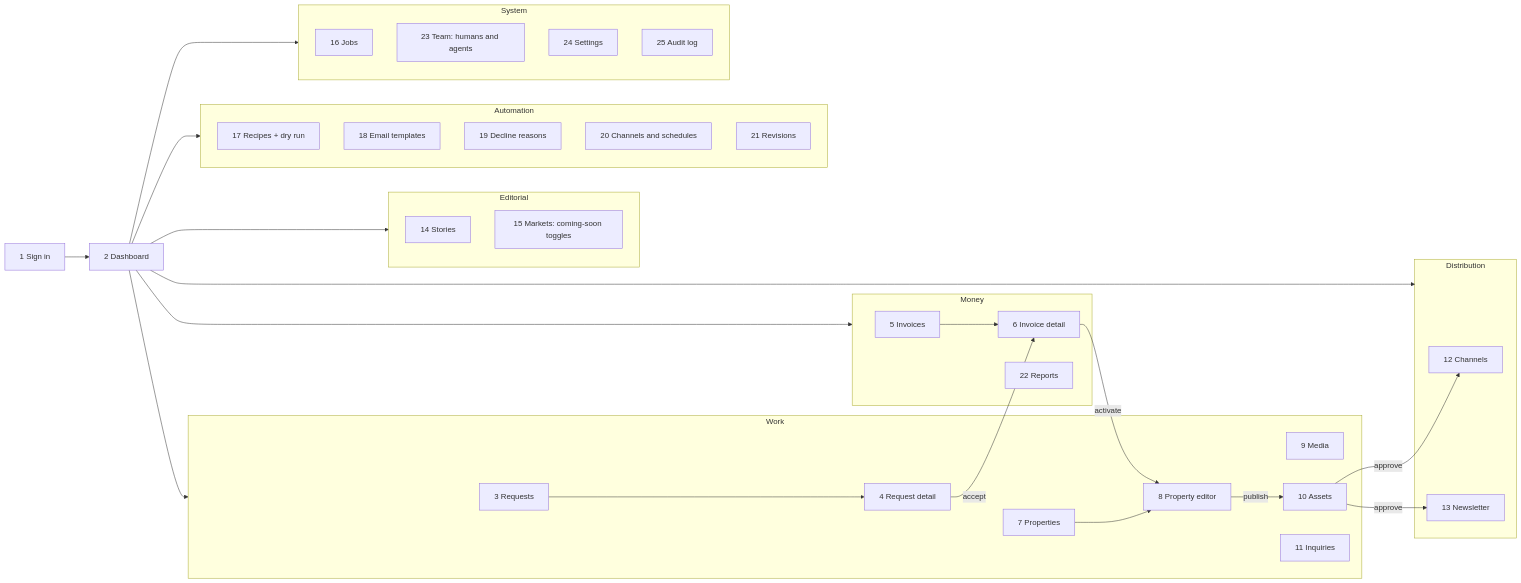
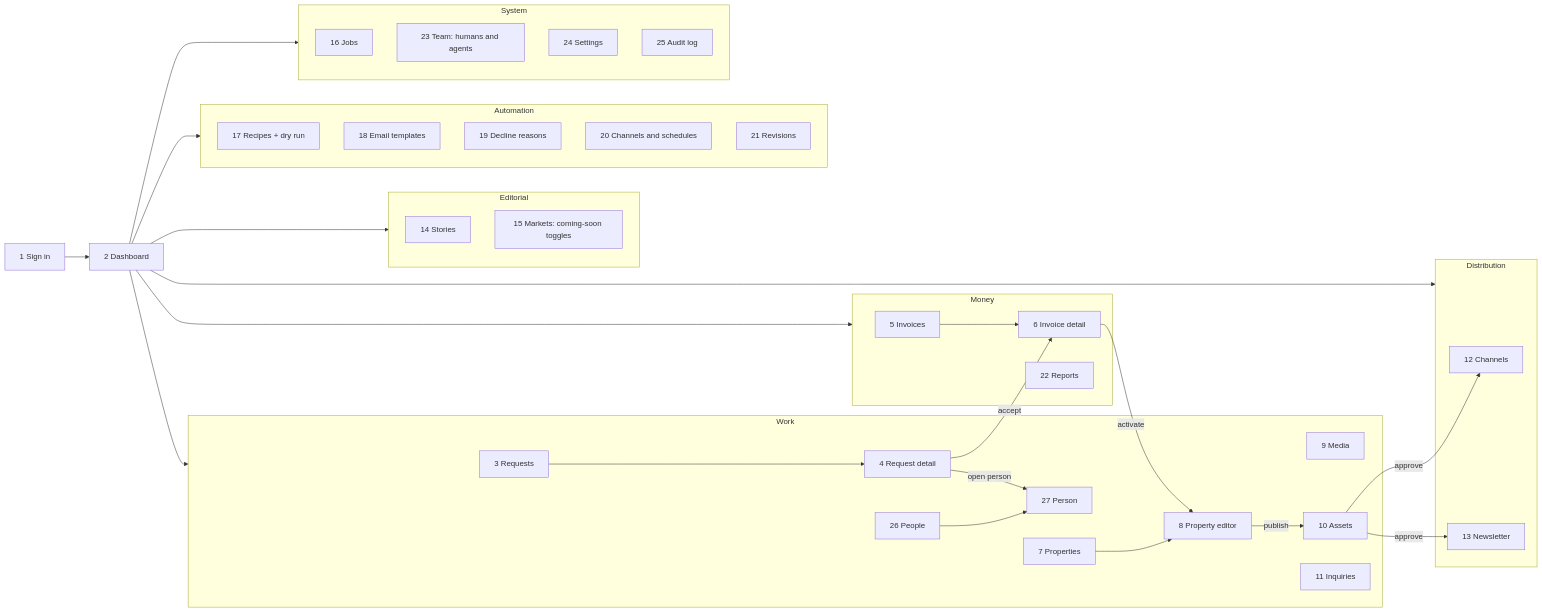
One commit to AbdulrahmanAmer/matter-of-place changed the first of 3 diagrams in workspace/03-diagrams/admin-screens.md. Above: the diagram before and after it, drawn with Mermaid. The commit also changed other lines of this file and 30 other files, not shown here.

First line of the commit message:
Who submits (S55): agent or owner on the form, contacts table, People and Person screens; mail routes H29; analytics roll-up H16; ruling H32

````diff
--- a/workspace/03-diagrams/admin-screens.md
+++ b/workspace/03-diagrams/admin-screens.md
@@ -9,41 +9,43 @@
 ```mermaid
 flowchart LR
   SI[1 Sign in] --> DB[2 Dashboard]
   subgraph WORK[Work]
     RQ[3 Requests] --> RD[4 Request detail]
+    PP[26 People] --> PD[27 Person]
     PR[7 Properties] --> PE[8 Property editor]
     ME[9 Media]
     AS[10 Assets]
     IN[11 Inquiries]
   end
   subgraph DIST[Distribution]
     CH[12 Channels]
     NL[13 Newsletter]
   end
   subgraph MONEY[Money]
     IV[5 Invoices] --> ID[6 Invoice detail]
     RP[22 Reports]
   end
   subgraph EDIT[Editorial]
     ST[14 Stories]
     MK[15 Markets: coming-soon toggles]
   end
   subgraph AUTO[Automation]
     RC[17 Recipes + dry run]
     ET[18 Email templates]
     DR[19 Decline reasons]
     CS[20 Channels and schedules]
     RV[21 Revisions]
   end
   subgraph SYS[System]
     JB[16 Jobs]
     TM[23 Team: humans and agents]
     SE[24 Settings]
     AU[25 Audit log]
   end
   DB --> WORK & DIST & MONEY & EDIT & AUTO & SYS
   RD -->|accept| ID
+  RD -->|open person| PD
   ID -->|activate| PE
   PE -->|publish| AS
   AS -->|approve| CH & NL
 ```
````
